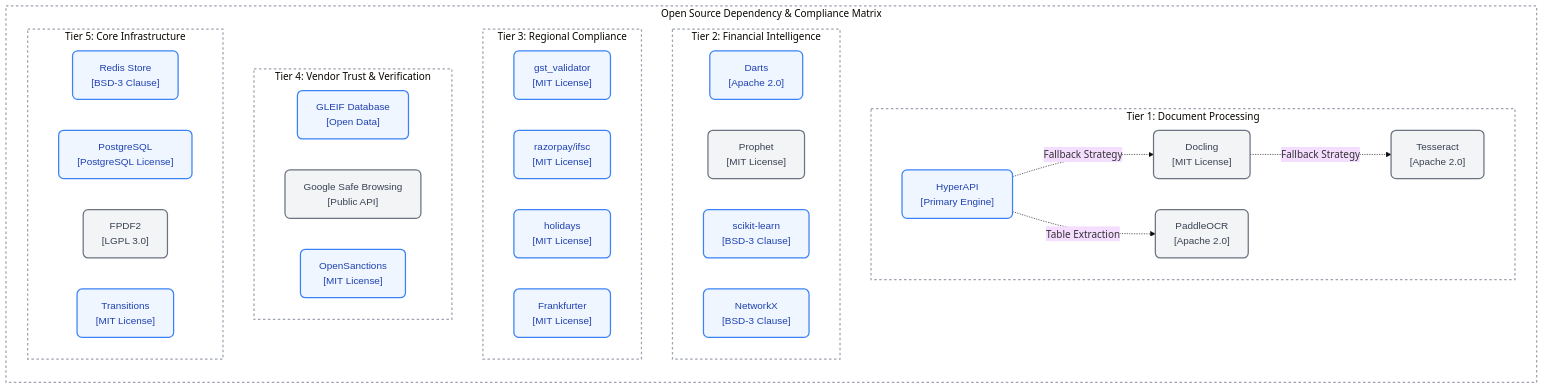
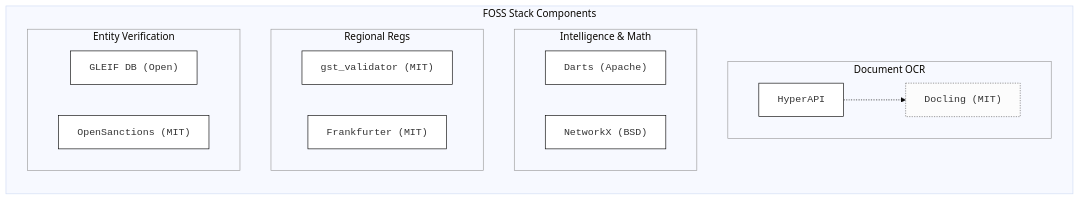
Before and after one commit to guglxni/VyapaarClaw: the diagram in docs/diagrams/foss_matrix.mmd, drawn with Mermaid (base theme). The commit also changed 8 other files, not shown here.

Commit message:
docs: redesign diagrams to be scientific and compact

```diff
--- a/docs/diagrams/foss_matrix.mmd
+++ b/docs/diagrams/foss_matrix.mmd
@@ -1,50 +1,30 @@
 graph TD
-    %% Professional Component Styling
-    classDef default fill:#FFFFFF,stroke:#333333,stroke-width:2px,color:#333333,font-family:sans-serif;
-    classDef primary fill:#EFF6FF,stroke:#3B82F6,color:#1E40AF,rx:8,ry:8,stroke-width:2px;
-    classDef secondary fill:#F3F4F6,stroke:#6B7280,color:#374151,rx:8,ry:8,stroke-width:2px;
-    classDef tier fill:none,stroke:#9CA3AF,stroke-width:2px,stroke-dasharray: 4 4;
+    %% Scientific Component Stack
+    classDef p_node fill:#fff,stroke:#000,stroke-width:1px,font-family:monospace;
+    classDef s_node fill:#fcfcfc,stroke:#666,stroke-width:1px,stroke-dasharray: 2 2,font-family:monospace;
+    classDef stack fill:none,stroke:#999,stroke-width:1px;
 
-    subgraph MatrixBoundary[Open Source Dependency & Compliance Matrix]
+    subgraph FOSS ["FOSS Stack Components"]
         direction TB
         
-        subgraph Layer1[Tier 1: Document Processing]
-            HA["HyperAPI<br/>[Primary Engine]"]:::primary
-            DOC["Docling<br/>[MIT License]"]:::secondary
-            TESS["Tesseract<br/>[Apache 2.0]"]:::secondary
-            POCR["PaddleOCR<br/>[Apache 2.0]"]:::secondary
-            
-            HA -.->|Fallback Strategy| DOC
-            DOC -.->|Fallback Strategy| TESS
-            HA -.->|Table Extraction| POCR
+        subgraph L1 ["Document OCR"]
+            HA["HyperAPI"]:::p_node -.-> DOC["Docling (MIT)"]:::s_node
         end
-
-        subgraph Layer2[Tier 2: Financial Intelligence]
-            DARTS["Darts<br/>[Apache 2.0]"]:::primary
-            PROPHET["Prophet<br/>[MIT License]"]:::secondary
-            SKLEARN["scikit-learn<br/>[BSD-3 Clause]"]:::primary
-            NX["NetworkX<br/>[BSD-3 Clause]"]:::primary
+        
+        subgraph L2 ["Intelligence & Math"]
+            DART["Darts (Apache)"]:::p_node
+            NX["NetworkX (BSD)"]:::p_node
         end
-
-        subgraph Layer3[Tier 3: Regional Compliance]
-            GSTV["gst_validator<br/>[MIT License]"]:::primary
-            IFSC["razorpay/ifsc<br/>[MIT License]"]:::primary
-            HOL["holidays<br/>[MIT License]"]:::primary
-            FRANK["Frankfurter<br/>[MIT License]"]:::primary
+        
+        subgraph L3 ["Regional Regs"]
+            GST["gst_validator (MIT)"]:::p_node
+            FX["Frankfurter (MIT)"]:::p_node
         end
-
-        subgraph Layer4[Tier 4: Vendor Trust & Verification]
-            GLEIF2["GLEIF Database<br/>[Open Data]"]:::primary
-            SB["Google Safe Browsing<br/>[Public API]"]:::secondary
-            OS["OpenSanctions<br/>[MIT License]"]:::primary
-        end
-
-        subgraph Layer5[Tier 5: Core Infrastructure]
-            REDIS["Redis Store<br/>[BSD-3 Clause]"]:::primary
-            PG["PostgreSQL<br/>[PostgreSQL License]"]:::primary
-            FPDF["FPDF2<br/>[LGPL 3.0]"]:::secondary
-            TRANS["Transitions<br/>[MIT License]"]:::primary
+        
+        subgraph L4 ["Entity Verification"]
+            GL["GLEIF DB (Open)"]:::p_node
+            OS["OpenSanctions (MIT)"]:::p_node
         end
     end
 
-    class MatrixBoundary,Layer1,Layer2,Layer3,Layer4,Layer5 tier
+    class L1,L2,L3,L4 stack
```
